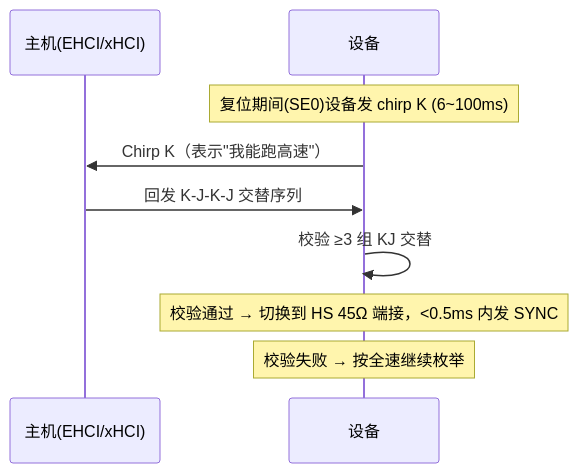
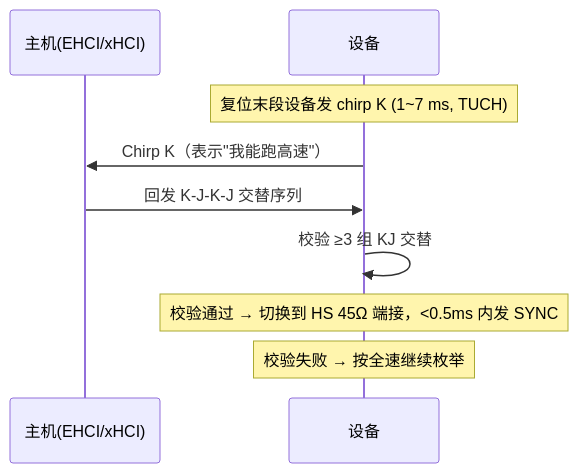
Before and after one commit to tangjianfang/USBTree: the second of 2 diagrams in 70-枝干-调试测试与安全/02-枚举失败排查手册.md, drawn with Mermaid. The commit also changed other lines of this file and 2 other files, not shown here.

Commit message:
evolve #3: 勘误 Chirp 时序（设备 1~7ms/主机 40-60µs 每拍，对齐 Table 7-5 与 03 全表）+ 02 速查表交叉链接新附录

````diff
--- a/70-枝干-调试测试与安全/02-枚举失败排查手册.md
+++ b/70-枝干-调试测试与安全/02-枚举失败排查手册.md
@@ -113,11 +113,11 @@
 ```mermaid
 sequenceDiagram
     participant H as 主机(EHCI/xHCI)
     participant D as 设备
-    Note over D: 复位期间(SE0)设备发 chirp K (6~100ms)
+    Note over D: 复位末段设备发 chirp K (1~7 ms, TUCH)
     D->>H: Chirp K（表示"我能跑高速"）
     H->>D: 回发 K-J-K-J 交替序列
     D->>D: 校验 ≥3 组 KJ 交替
     Note over D: 校验通过 → 切换到 HS 45Ω 端接，<0.5ms 内发 SYNC
     Note over D: 校验失败 → 按全速继续枚举
 ```
````
